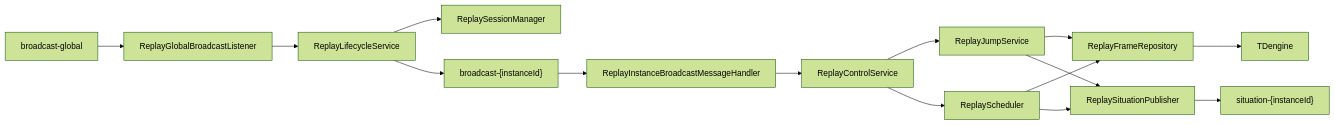
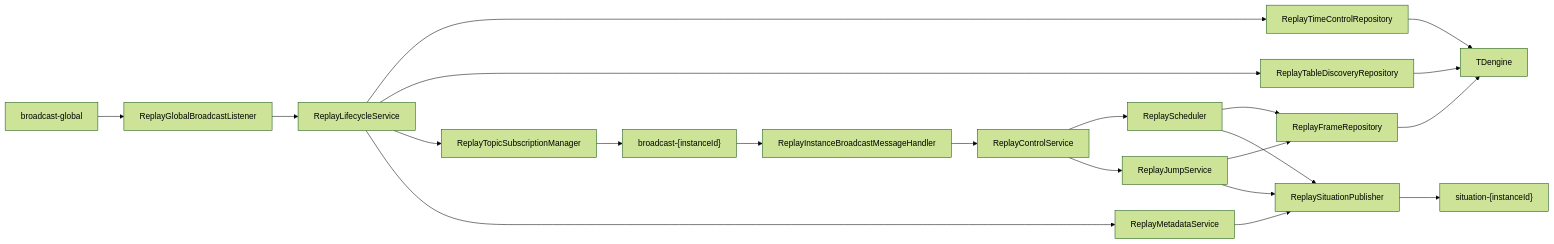
One commit to wangbinio/logger-server changed the third of 3 diagrams in ARCHITECTURE.md. Above: the diagram before and after it, drawn with Mermaid (forest theme). The commit also changed other lines of this file and 8 other files, not shown here.

````diff
--- a/ARCHITECTURE.md
+++ b/ARCHITECTURE.md
@@ -275,23 +265,32 @@
 ```mermaid
 flowchart LR
-    TDengine["TDengine"]
     GlobalTopic["broadcast-global"]
     ControlTopic["broadcast-{instanceId}"]
     SituationTopic["situation-{instanceId}"]
-    ReplayGlobalListener["ReplayGlobalBroadcastListener"]
-    ReplayLifecycle["ReplayLifecycleService"]
-    ReplayControlHandler["ReplayInstanceBroadcastMessageHandler"]
-    ReplayControl["ReplayControlService"]
-    ReplayJump["ReplayJumpService"]
-    ReplayScheduler["ReplayScheduler"]
-    ReplayPublisher["ReplaySituationPublisher"]
-    ReplaySession["ReplaySessionManager"]
-    ReplayRepository["ReplayFrameRepository"]
+    GlobalListener["ReplayGlobalBroadcastListener"]
+    TopicManager["ReplayTopicSubscriptionManager"]
+    ControlHandler["ReplayInstanceBroadcastMessageHandler"]
+    LifecycleService["ReplayLifecycleService"]
+    ControlService["ReplayControlService"]
+    MetadataService["ReplayMetadataService"]
+    Scheduler["ReplayScheduler"]
+    JumpService["ReplayJumpService"]
+    TableDiscovery["ReplayTableDiscoveryRepository"]
+    TimeControl["ReplayTimeControlRepository"]
+    FrameRepository["ReplayFrameRepository"]
+    Publisher["ReplaySituationPublisher"]
+    TDengine["TDengine"]
 
-    GlobalTopic --> ReplayGlobalListener --> ReplayLifecycle --> ReplaySession
-    ReplayLifecycle --> ControlTopic --> ReplayControlHandler --> ReplayControl
-    ReplayControl --> ReplayJump --> ReplayRepository --> TDengine
-    ReplayControl --> ReplayScheduler --> ReplayRepository
-    ReplayScheduler --> ReplayPublisher --> SituationTopic
-    ReplayJump --> ReplayPublisher
+    GlobalTopic --> GlobalListener --> LifecycleService
+    LifecycleService --> TimeControl --> TDengine
+    LifecycleService --> TableDiscovery --> TDengine
+    LifecycleService --> TopicManager --> ControlTopic
+    LifecycleService --> MetadataService --> Publisher
+    ControlTopic --> ControlHandler --> ControlService
+    ControlService --> Scheduler
+    ControlService --> JumpService
+    Scheduler --> FrameRepository --> TDengine
+    JumpService --> FrameRepository
+    Scheduler --> Publisher --> SituationTopic
+    JumpService --> Publisher
 ```
````
